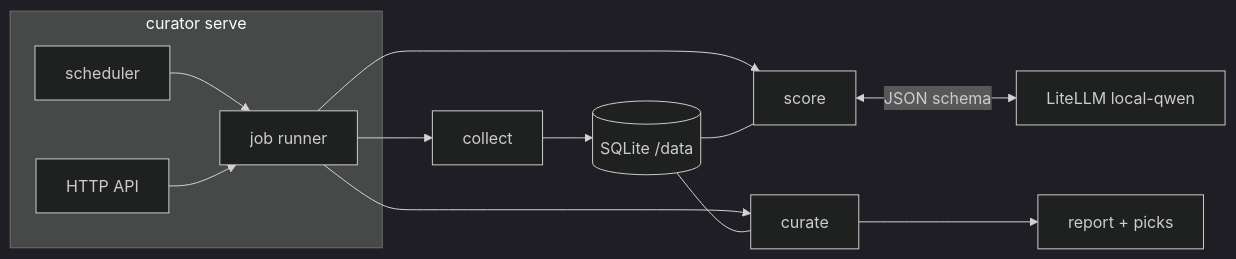
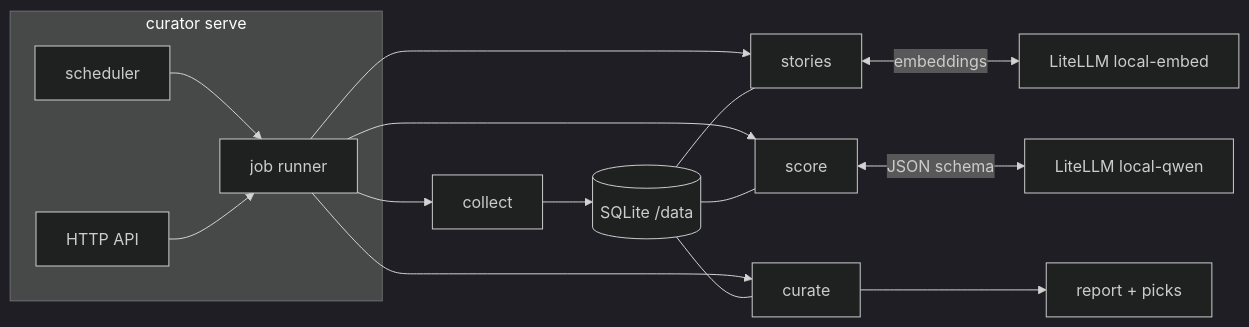
Before and after one commit to warroyo/content-curator: the diagram in README.md, drawn with Mermaid (dark theme). The commit also changed other lines of this file and 16 other files, not shown here.

First line of the commit message:
feat: same-story grouping with local-embed embeddings

````diff
--- a/README.md
+++ b/README.md
@@ -11,12 +11,14 @@
 ```mermaid
 flowchart LR
   subgraph svc[curator serve]
     SCH[scheduler] --> J[job runner]
     API[HTTP API] --> J
   end
   J --> C[collect] --> DB[(SQLite /data)]
+  J --> ST[stories] <-->|embeddings| E[LiteLLM local-embed]
+  DB --- ST
   J --> S[score] <-->|JSON schema| M[LiteLLM local-qwen]
   J --> P[curate] --> R[report + picks]
   DB --- S
   DB --- P
 ```
````
